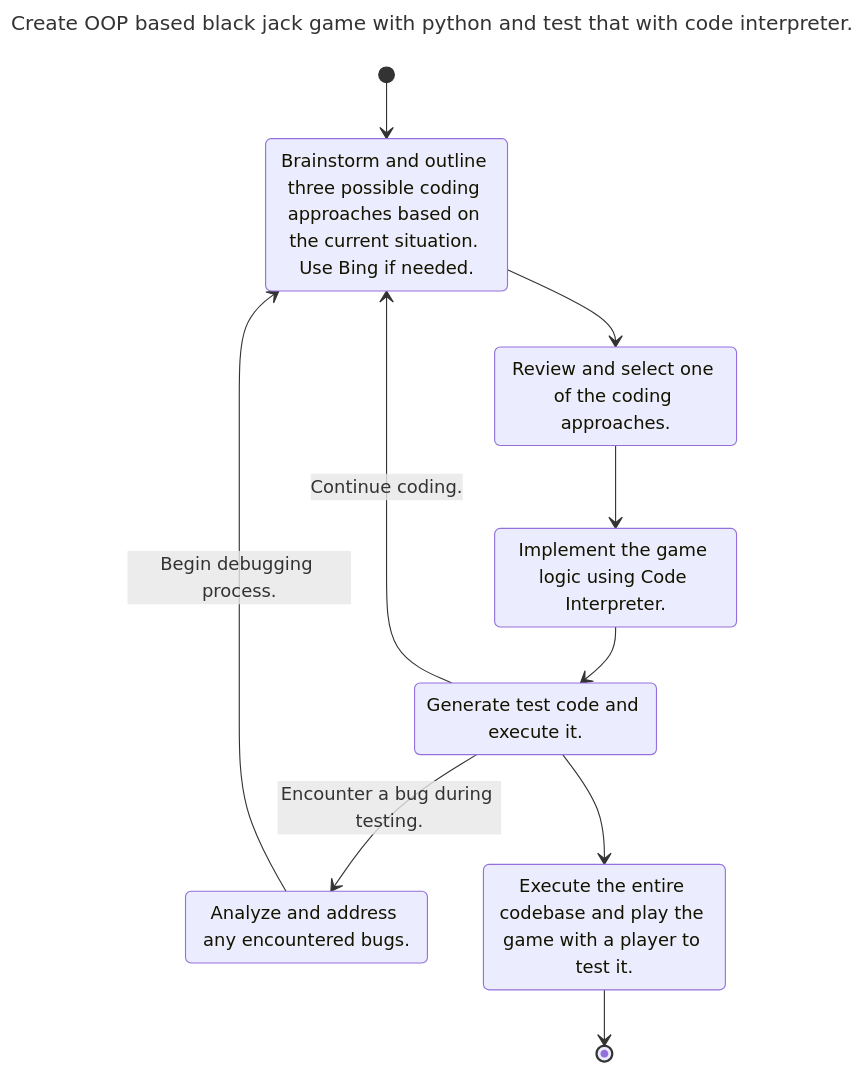
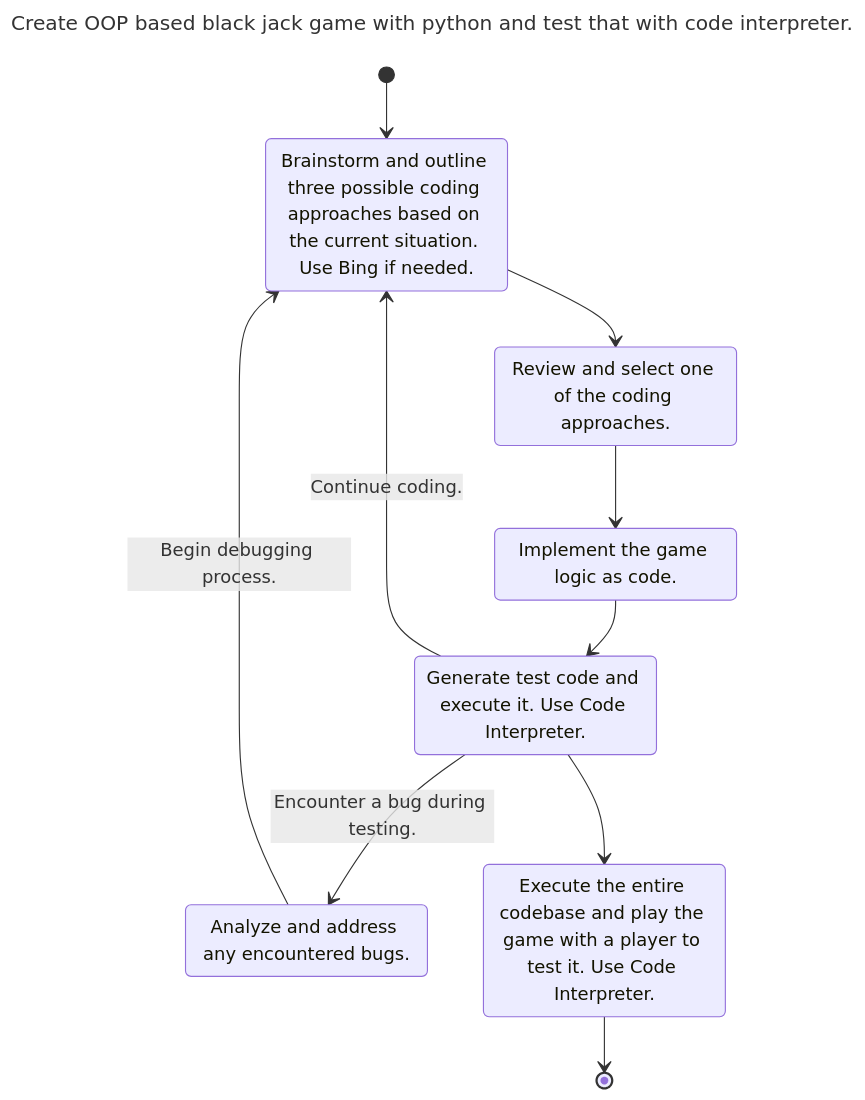
One commit to fladdict/llmermaid changed the fifth of 5 diagrams in README.md. Above: the diagram before and after it, drawn with Mermaid. The commit also changed other lines of this file, not shown here.

````diff
--- a/README.md
+++ b/README.md
@@ -175,22 +175,22 @@
 ```mermaid
 ---
 title: Create OOP based black jack game with python and test that with code interpreter.
 ---
 stateDiagram-v2
 [*] --> A
 A --> B
 B --> C
 C --> D
 D --> A: Continue coding.
 D --> E: Encounter a bug during testing.
 E --> A: Begin debugging process.
 D --> F
 F --> [*]
 
 A: Brainstorm and outline three possible coding approaches based on the current situation. Use Bing if needed.
 B: Review and select one of the coding approaches.
-C: Implement the game logic using Code Interpreter.
-D: Generate test code and execute it.
+C: Implement the game logic as code.
+D: Generate test code and execute it. Use Code Interpreter.
 E: Analyze and address any encountered bugs.
-F: Execute the entire codebase and play the game with a player to test it.
+F: Execute the entire codebase and play the game with a player to test it. Use Code Interpreter.
 ```
````
